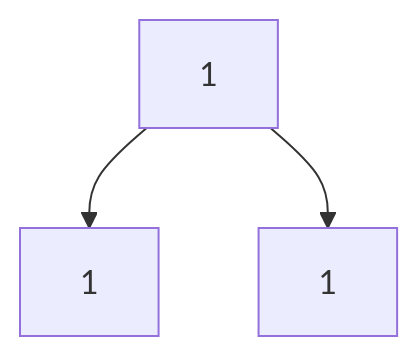
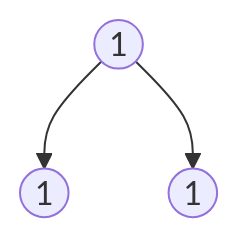
Diagram 12 of 39 in cst/6binnode/Ex6a4binnode.md (3strategy/BeautifulMivney), drawn with Mermaid before and after one commit. The commit also changed other lines of this file and 3 other files, not shown here.

````diff
--- a/cst/6binnode/Ex6a4binnode.md
+++ b/cst/6binnode/Ex6a4binnode.md
@@ -234,5 +234,5 @@
     ```mermaid
     flowchart TB
-      A[1] --> B[1]:::leaf
-      A --> C[1]:::leaf
+      A((1)) --> B((1)):::leaf
+      A --> C((1)):::leaf
     ```
````
